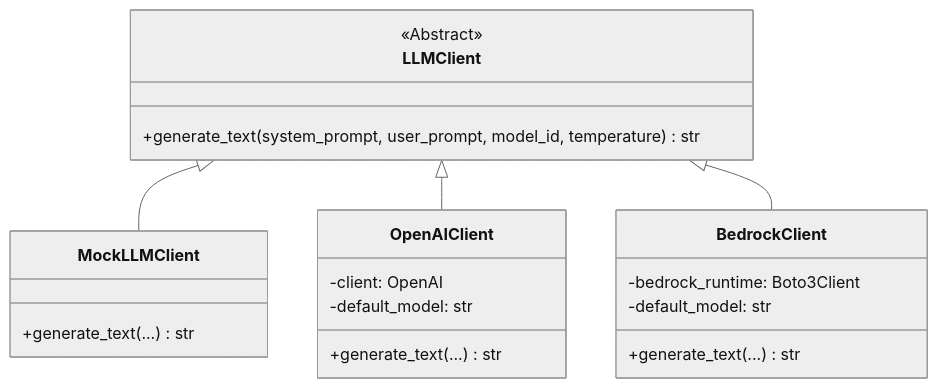
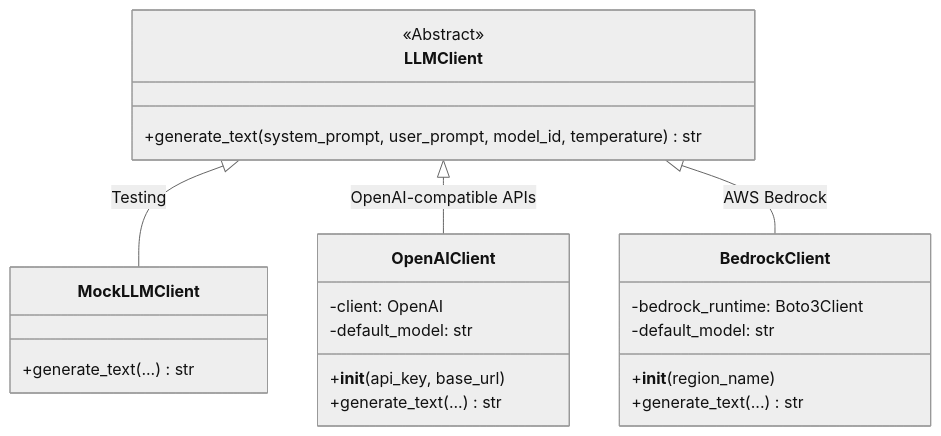
Before and after one commit to Keyhole-Koro/snackPersona: the diagram in llm/llm_gateway.md, drawn with Mermaid (neutral theme). The commit also changed other lines of this file and 7 other files, not shown here.

Commit message:
docs: Enhance documentation for core modules with detailed overviews, diagrams, and examples for clarity and understanding.

````diff
--- a/llm/llm_gateway.md
+++ b/llm/llm_gateway.md
@@ -9,24 +17,26 @@
 ```mermaid
 classDiagram
     class LLMClient {
         <<Abstract>>
         +generate_text(system_prompt, user_prompt, model_id, temperature) str
     }
     class MockLLMClient {
         +generate_text(...) str
     }
     class OpenAIClient {
         -client: OpenAI
         -default_model: str
+        +__init__(api_key, base_url)
         +generate_text(...) str
     }
     class BedrockClient {
         -bedrock_runtime: Boto3Client
         -default_model: str
+        +__init__(region_name)
         +generate_text(...) str
     }
 
-    LLMClient <|-- MockLLMClient
-    LLMClient <|-- OpenAIClient
-    LLMClient <|-- BedrockClient
+    LLMClient <|-- MockLLMClient : Testing
+    LLMClient <|-- OpenAIClient : OpenAI-compatible APIs
+    LLMClient <|-- BedrockClient : AWS Bedrock
 ```
````
